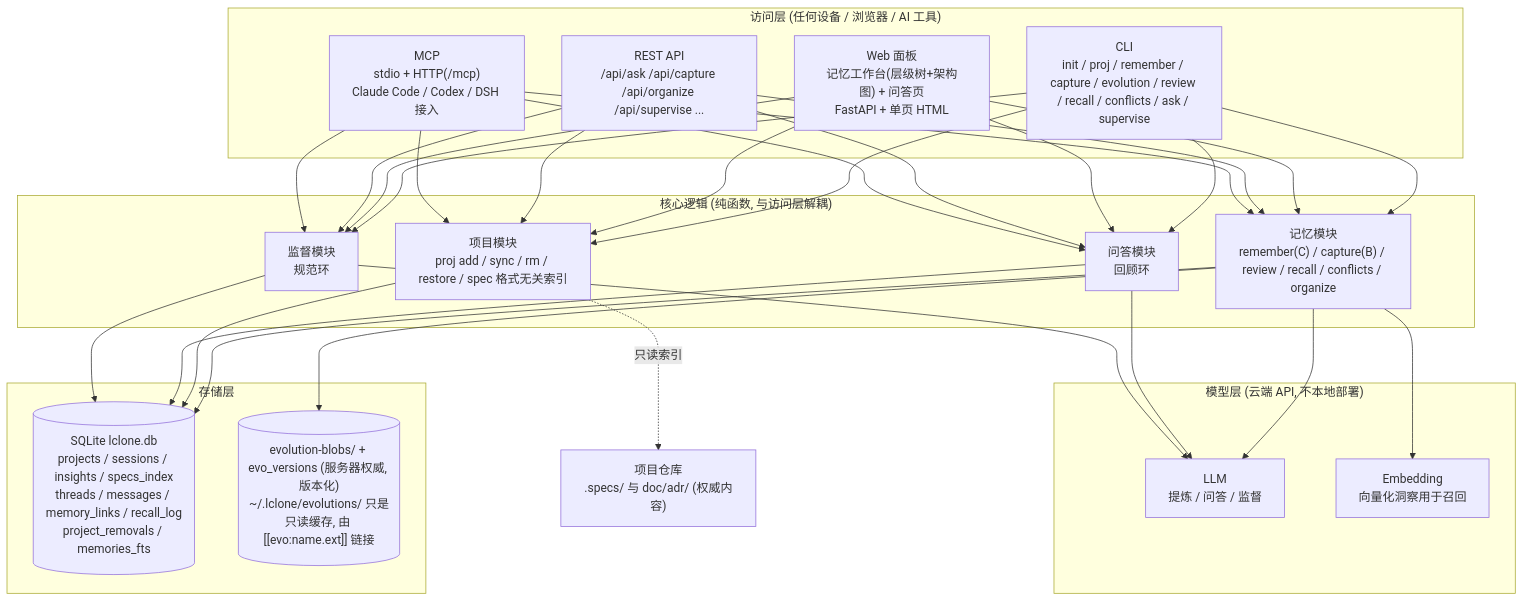
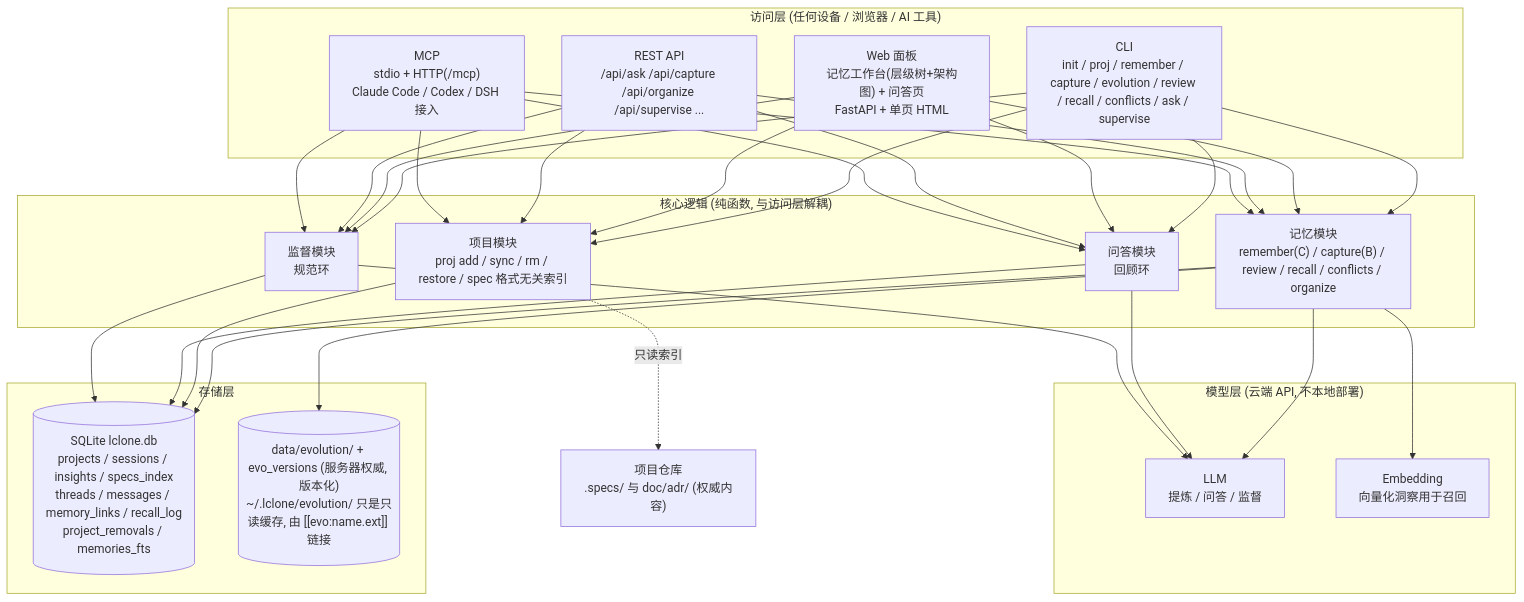
Before and after one commit to ljzRober/L-clone: the diagram in README.zh-CN.md, drawn with Mermaid. The commit also changed other lines of this file and 23 other files, not shown here.

````diff
--- a/README.zh-CN.md
+++ b/README.zh-CN.md
@@ -32,39 +32,39 @@
 ```mermaid
 flowchart TB
     subgraph 访问层["访问层 (任何设备 / 浏览器 / AI 工具)"]
         CLI["CLI<br/>init / proj / remember / capture / evolution / review / recall / conflicts / ask / supervise"]
         WEB["Web 面板<br/>记忆工作台(层级树+架构图) + 问答页<br/>FastAPI + 单页 HTML"]
         API["REST API<br/>/api/ask /api/capture /api/organize /api/supervise ..."]
         MCP["MCP<br/>stdio + HTTP(/mcp)<br/>Claude Code / Codex / DSH 接入"]
     end
 
     subgraph 核心["核心逻辑 (纯函数, 与访问层解耦)"]
         MEM["记忆模块<br/>remember(C) / capture(B) / review / recall / conflicts / organize"]
         PROJ["项目模块<br/>proj add / sync / rm / restore / spec 格式无关索引"]
         CHAT["问答模块<br/>回顾环"]
         SUPE["监督模块<br/>规范环"]
     end
 
     subgraph 存储["存储层"]
         DB[("SQLite lclone.db<br/>projects / sessions / insights / specs_index<br/>threads / messages / memory_links / recall_log<br/>project_removals / memories_fts")]
-        EVO[("evolution-blobs/ + evo_versions (服务器权威, 版本化)<br/>~/.lclone/evolutions/ 只是只读缓存, 由 [[evo:name.ext]] 链接")]
+        EVO[("data/evolution/ + evo_versions (服务器权威, 版本化)<br/>~/.lclone/evolution/ 只是只读缓存, 由 [[evo:name.ext]] 链接")]
     end
 
     subgraph 模型["模型层 (云端 API, 不本地部署)"]
         LLM["LLM<br/>提炼 / 问答 / 监督"]
         EMB["Embedding<br/>向量化洞察用于召回"]
     end
 
     CLI --> MEM & PROJ & CHAT & SUPE
     WEB --> MEM & PROJ & CHAT & SUPE
     API --> MEM & PROJ & CHAT & SUPE
     MCP --> MEM & PROJ & CHAT & SUPE
     MEM --> DB & EVO
     PROJ --> DB
     CHAT --> DB
     SUPE --> DB
     PROJ -. 只读索引 .-> REPO["项目仓库<br/>.specs/ 与 doc/adr/ (权威内容)"]
     MEM --> EMB & LLM
     CHAT --> LLM
     SUPE --> LLM
 ```
````
